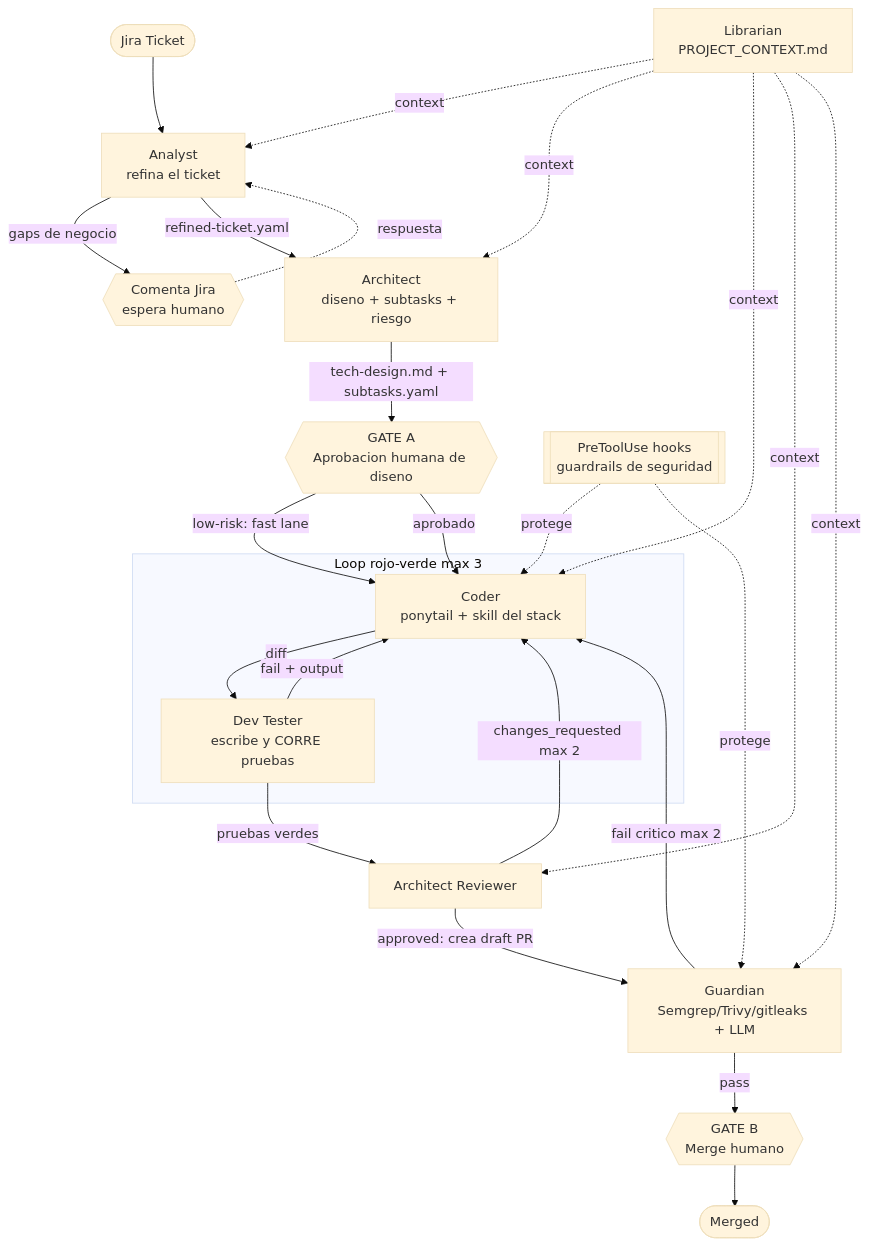
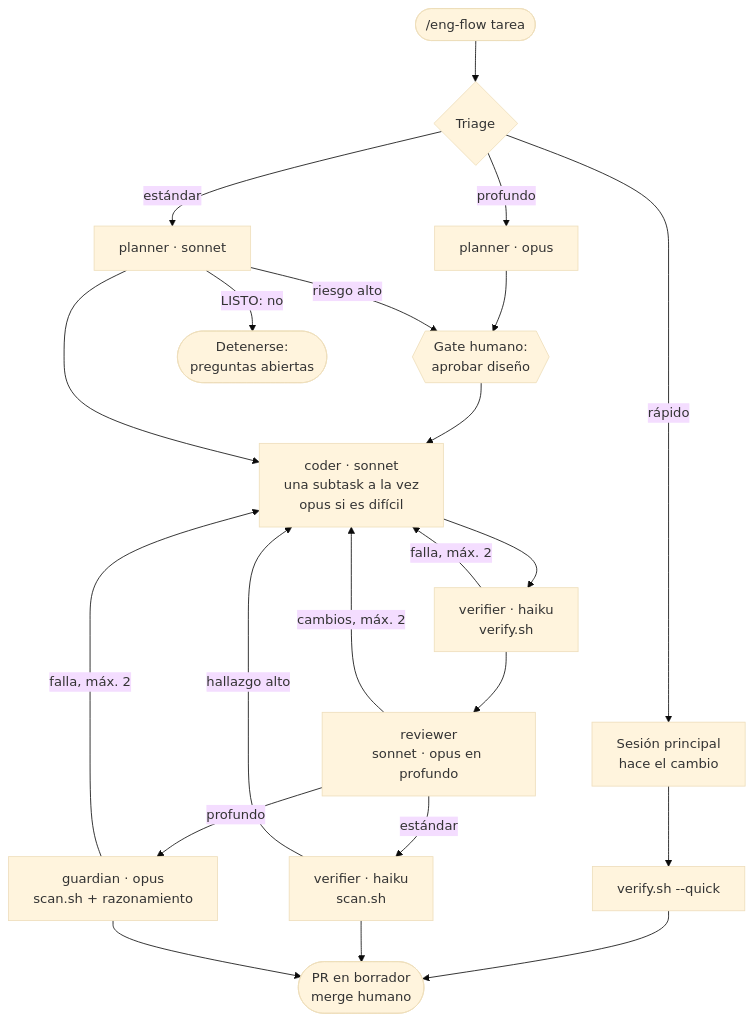
The diagram in docs/FLOW.mermaid (ddominguez2093/EngineeringAgents), drawn with Mermaid (base theme) before and after one commit. The commit also changed 146 other files, not shown here.

```diff
--- a/docs/FLOW.mermaid
+++ b/docs/FLOW.mermaid
@@ -1,31 +1,22 @@
 flowchart TD
-    JIRA([Jira Ticket]) --> ANALYST[Analyst<br/>refina el ticket]
-    ANALYST -->|gaps de negocio| ASKHUMAN{{Comenta Jira<br/>espera humano}}
-    ASKHUMAN -.respuesta.-> ANALYST
-    ANALYST -->|refined-ticket.yaml| ARCH[Architect<br/>diseno + subtasks + riesgo]
+    A([/eng-flow tarea]) --> T{Triage}
+    T -->|rápido| Q[Sesión principal<br/>hace el cambio]
+    Q --> QV[verify.sh --quick] --> PR
 
-    ARCH -->|tech-design.md + subtasks.yaml| GATEA{{GATE A<br/>Aprobacion humana de diseno}}
-    GATEA -->|low-risk: fast lane| CODER
-    GATEA -->|aprobado| CODER
-
-    subgraph LOOP1[Loop rojo-verde  max 3]
-        CODER[Coder<br/>ponytail + skill del stack] -->|diff| TESTER[Dev Tester<br/>escribe y CORRE pruebas]
-        TESTER -->|fail + output| CODER
-    end
-
-    TESTER -->|pruebas verdes| REVIEWER[Architect Reviewer]
-    REVIEWER -->|changes_requested max 2| CODER
-    REVIEWER -->|approved: crea draft PR| GUARDIAN[Guardian<br/>Semgrep/Trivy/gitleaks + LLM]
-
-    GUARDIAN -->|fail critico max 2| CODER
-    GUARDIAN -->|pass| GATEB{{GATE B<br/>Merge humano}}
-    GATEB --> DONE([Merged])
-
-    LIB[Librarian<br/>PROJECT_CONTEXT.md] -.contexto.-> ANALYST
-    LIB -.contexto.-> ARCH
-    LIB -.contexto.-> CODER
-    LIB -.contexto.-> REVIEWER
-    LIB -.contexto.-> GUARDIAN
-
-    HOOKS[[PreToolUse hooks<br/>guardrails de seguridad]] -.protege.-> CODER
-    HOOKS -.protege.-> GUARDIAN
+    T -->|estándar| P[planner · sonnet]
+    T -->|profundo| PO[planner · opus]
+    PO --> G{{Gate humano:<br/>aprobar diseño}}
+    G --> C
+    P -->|LISTO: no| STOP([Detenerse:<br/>preguntas abiertas])
+    P -->|riesgo alto| G
+    P --> C[coder · sonnet<br/>una subtask a la vez<br/>opus si es difícil]
+    C --> V[verifier · haiku<br/>verify.sh]
+    V -->|falla, máx. 2| C
+    V --> R[reviewer<br/>sonnet · opus en profundo]
+    R -->|cambios, máx. 2| C
+    R -->|estándar| S[verifier · haiku<br/>scan.sh]
+    R -->|profundo| GU[guardian · opus<br/>scan.sh + razonamiento]
+    S -->|hallazgo alto| C
+    GU -->|falla, máx. 2| C
+    S --> PR
+    GU --> PR([PR en borrador<br/>merge humano])
```
